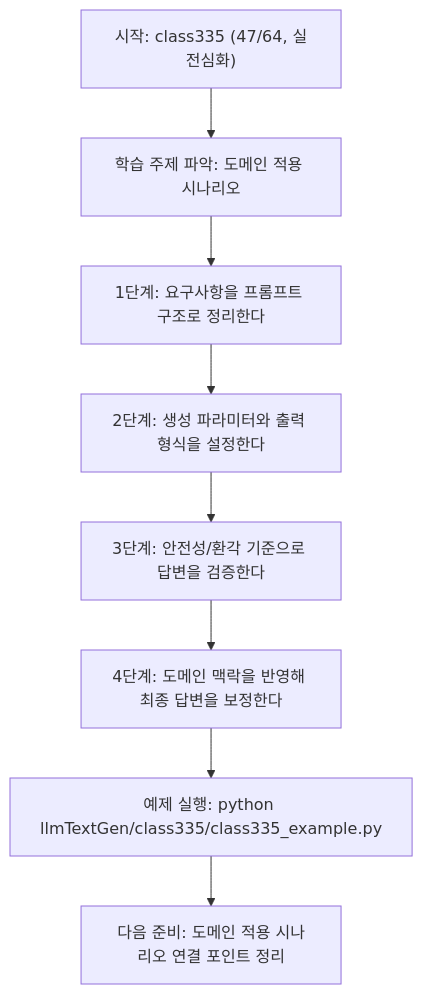
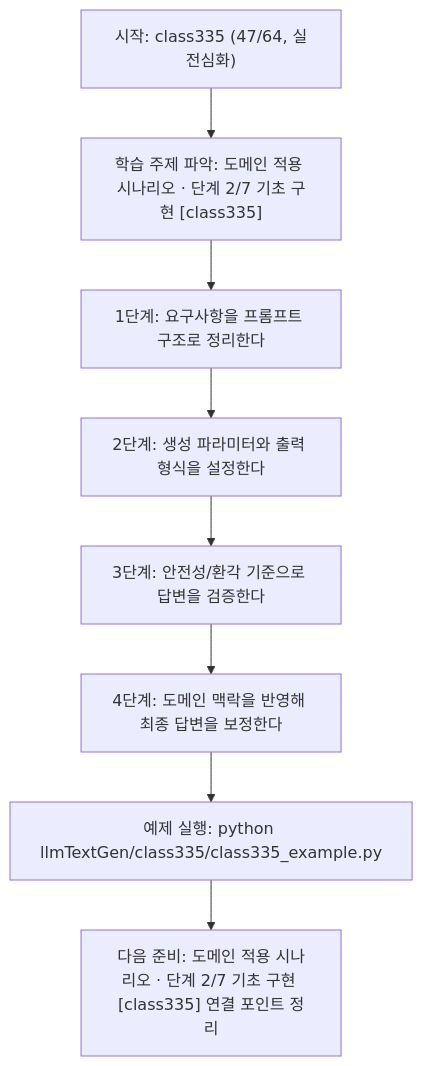
One commit to edumgt/Python-AI_Agent-Class changed the diagram in llmTextGen/class335/class335.md. Above: the diagram before and after it, drawn with Mermaid. The commit also changed other lines of this file and 522 other files, not shown here.

````diff
--- a/llmTextGen/class335/class335.md
+++ b/llmTextGen/class335/class335.md
@@ -113,18 +114,18 @@
 ```mermaid
 flowchart TD
 N1["시작: class335 (47/64, 실전심화)"]
-N2["학습 주제 파악: 도메인 적용 시나리오"]
+N2["학습 주제 파악: 도메인 적용 시나리오 · 단계 2/7 기초 구현 [class335]"]
 N3["1단계: 요구사항을 프롬프트 구조로 정리한다"]
 N4["2단계: 생성 파라미터와 출력 형식을 설정한다"]
 N5["3단계: 안전성/환각 기준으로 답변을 검증한다"]
 N6["4단계: 도메인 맥락을 반영해 최종 답변을 보정한다"]
 N7["예제 실행: python llmTextGen/class335/class335_example.py"]
-N8["다음 준비: 도메인 적용 시나리오 연결 포인트 정리"]
+N8["다음 준비: 도메인 적용 시나리오 · 단계 2/7 기초 구현 [class335] 연결 포인트 정리"]
 N1 --> N2
 N2 --> N3
 N3 --> N4
 N4 --> N5
 N5 --> N6
 N6 --> N7
 N7 --> N8
 ```
````
